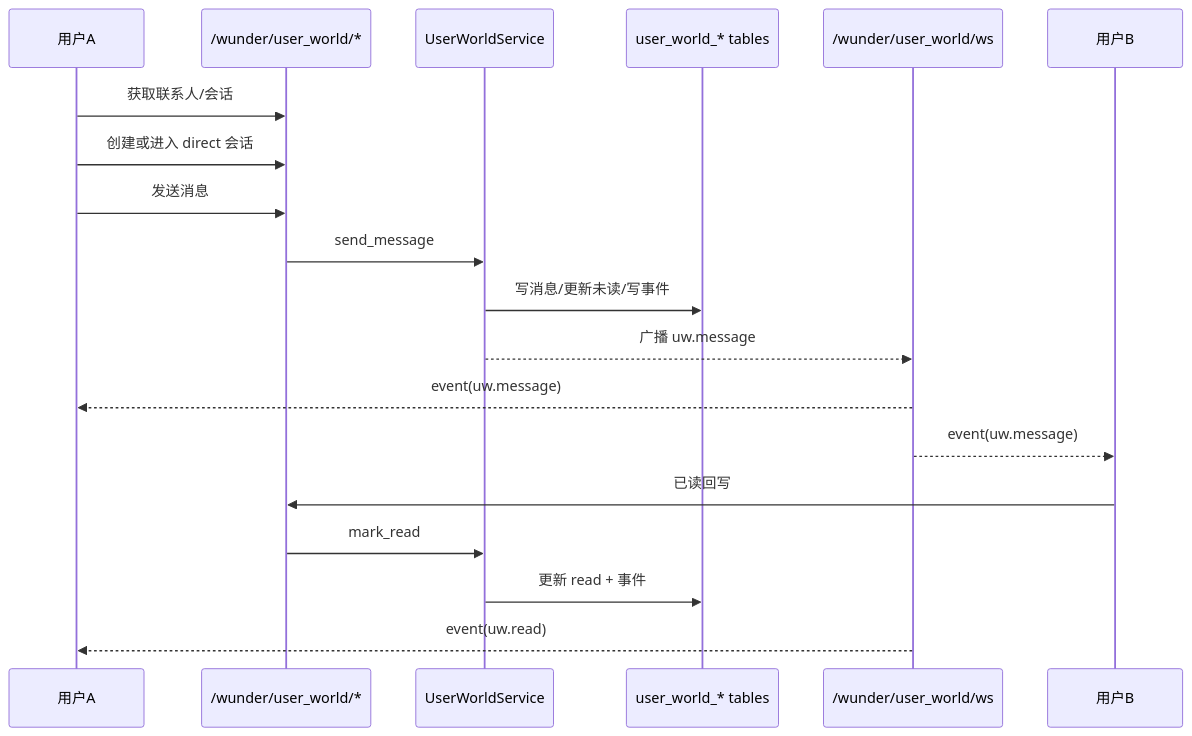
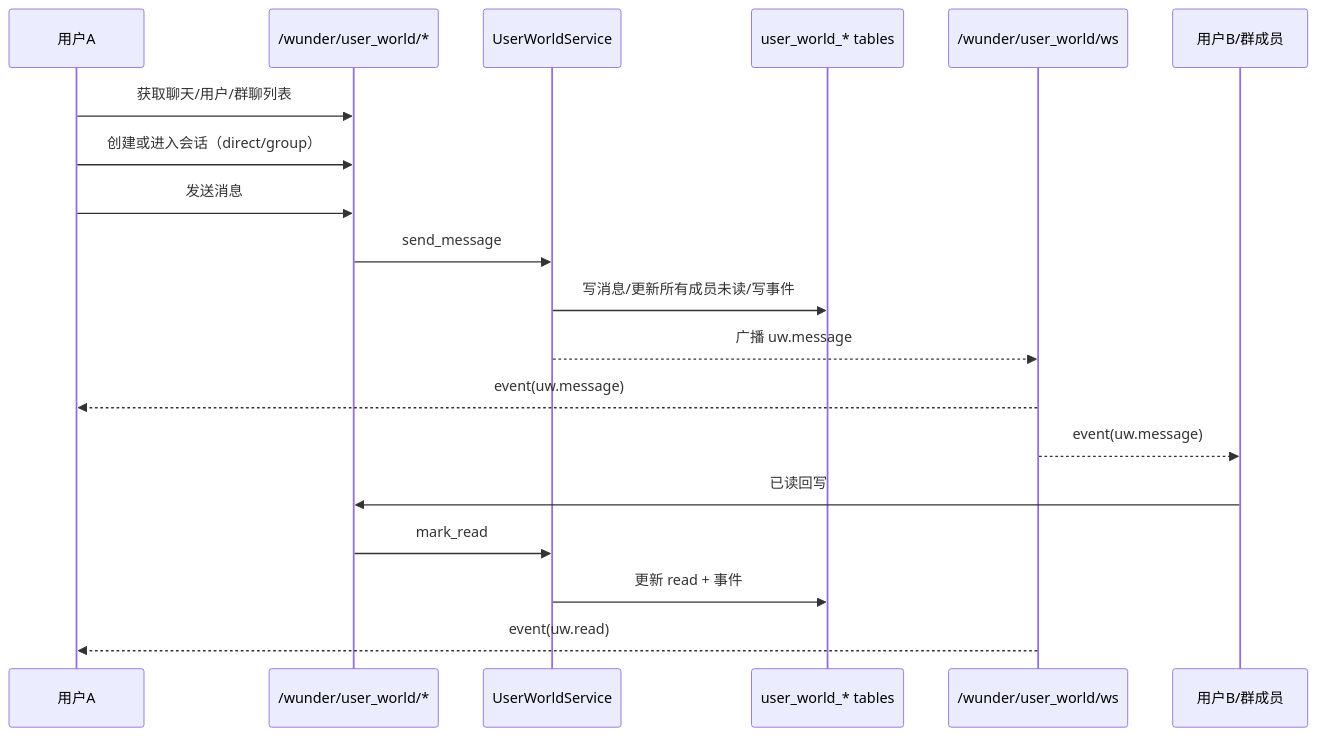
The seventh of 9 diagrams in docs/系统介绍.md (ylsdamxssjxxdd/wunder), drawn with Mermaid before and after one commit. The commit also changed other lines of this file and 14 other files, not shown here.

````diff
--- a/docs/系统介绍.md
+++ b/docs/系统介绍.md
@@ -210,22 +210,22 @@
 ```mermaid
 sequenceDiagram
   participant A as 用户A
   participant API as /wunder/user_world/*
   participant UW as UserWorldService
   participant DB as user_world_* tables
   participant WS as /wunder/user_world/ws
-  participant B as 用户B
+  participant B as 用户B/群成员
 
-  A->>API: 获取联系人/会话
-  A->>API: 创建或进入 direct 会话
+  A->>API: 获取聊天/用户/群聊列表
+  A->>API: 创建或进入会话（direct/group）
   A->>API: 发送消息
   API->>UW: send_message
-  UW->>DB: 写消息/更新未读/写事件
+  UW->>DB: 写消息/更新所有成员未读/写事件
   UW-->>WS: 广播 uw.message
   WS-->>A: event(uw.message)
   WS-->>B: event(uw.message)
   B->>API: 已读回写
   API->>UW: mark_read
   UW->>DB: 更新 read + 事件
   WS-->>A: event(uw.read)
 ```
````
